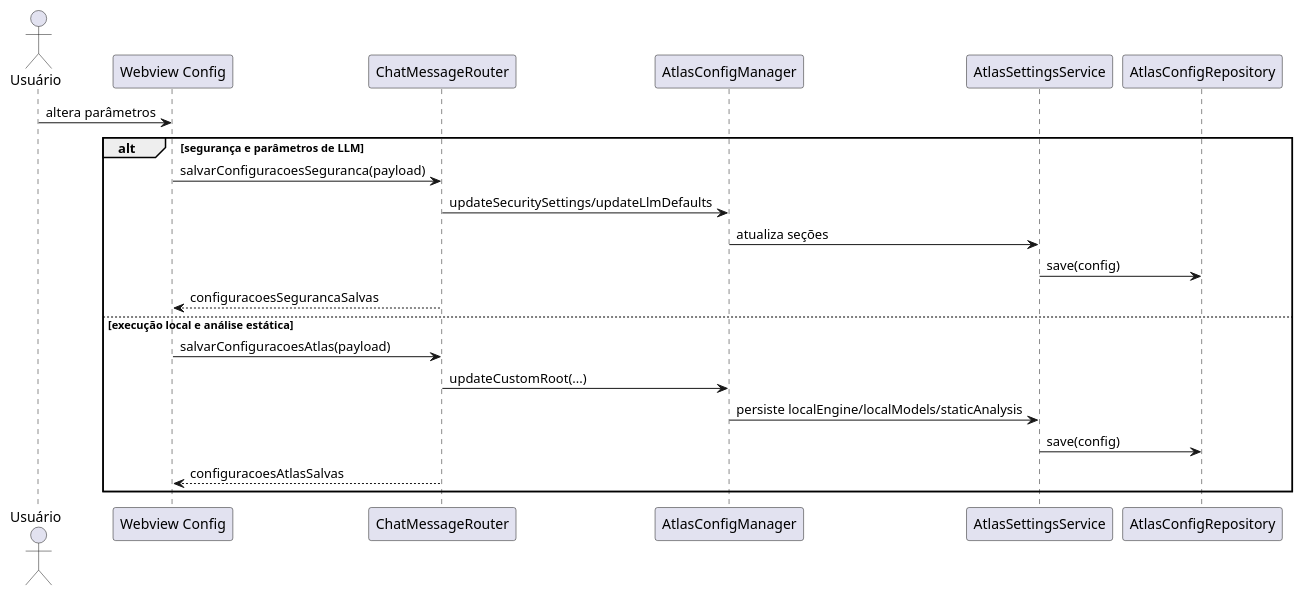
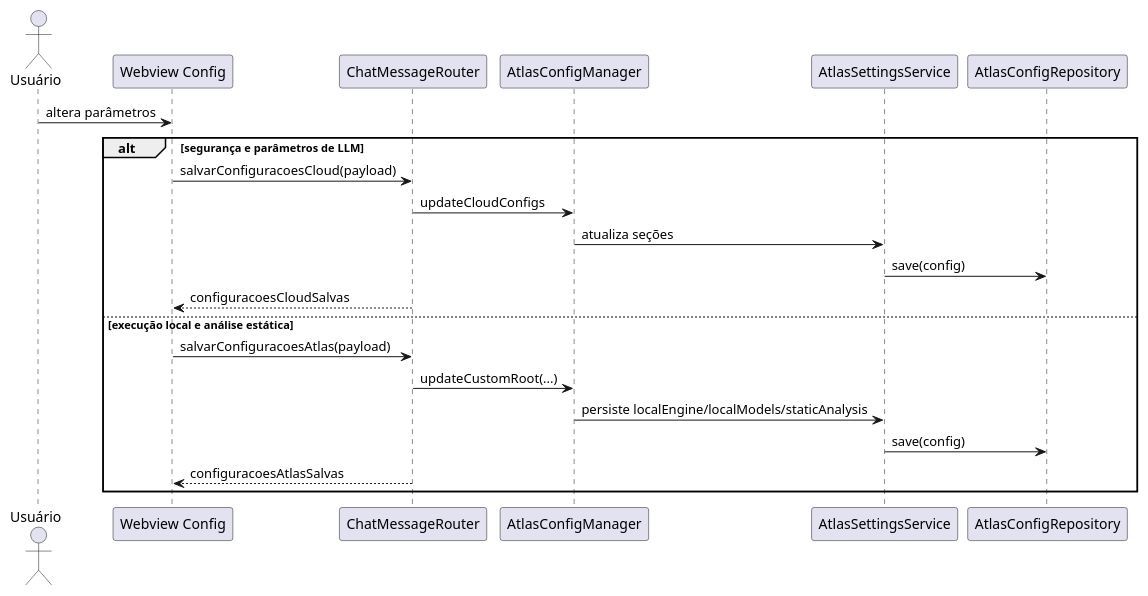
One commit to JVictorVI/ATLAS changed diagram 16 of 40 in docs/plantuml-diagramas-por-caso-de-uso-atlas.md. Above: the diagram before and after it, drawn with PlantUML. The commit also changed other lines of this file and 21 other files, not shown here.

````diff
--- a/docs/plantuml-diagramas-por-caso-de-uso-atlas.md
+++ b/docs/plantuml-diagramas-por-caso-de-uso-atlas.md
@@ -636,26 +636,26 @@
 ```plantuml
 @startuml
 skinparam shadowing false
 actor Usuário
 participant "Webview Config" as Webview
 participant ChatMessageRouter as Router
 participant AtlasConfigManager as Config
 participant AtlasSettingsService as Settings
 participant AtlasConfigRepository as Repository
 
 Usuário -> Webview : altera parâmetros
 alt segurança e parâmetros de LLM
-  Webview -> Router : salvarConfiguracoesSeguranca(payload)
-  Router -> Config : updateSecuritySettings/updateLlmDefaults
+  Webview -> Router : salvarConfiguracoesCloud(payload)
+  Router -> Config : updateCloudConfigs
   Config -> Settings : atualiza seções
   Settings -> Repository : save(config)
-  Router --> Webview : configuracoesSegurancaSalvas
+  Router --> Webview : configuracoesCloudSalvas
 else execução local e análise estática
   Webview -> Router : salvarConfiguracoesAtlas(payload)
   Router -> Config : updateCustomRoot(...)
   Config -> Settings : persiste localEngine/localModels/staticAnalysis
   Settings -> Repository : save(config)
   Router --> Webview : configuracoesAtlasSalvas
 end
 @enduml
 ```
````
